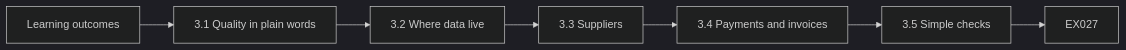
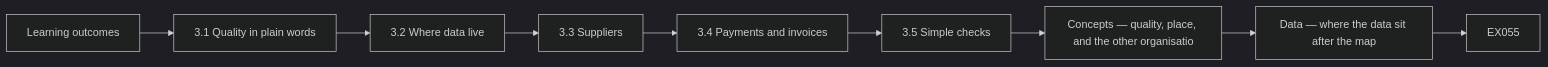
Before and after one commit to hiagokinlevi/CyKin: the eighth of 12 diagrams in levels/rapid-1-month/data-governance/en/book/MANUSCRIPT.md, drawn with Mermaid (dark theme). The commit also changed other lines of this file and 1 other file, not shown here.

First line of the commit message:
Deepen the rapid data-governance lessons in English and Portuguese.

````diff
--- a/levels/rapid-1-month/data-governance/en/book/MANUSCRIPT.md
+++ b/levels/rapid-1-month/data-governance/en/book/MANUSCRIPT.md
@@ -294,10 +418,12 @@
 ```mermaid
 flowchart LR
   N0["Learning outcomes"]
   N1["3.1 Quality in plain words"]
   N2["3.2 Where data live"]
   N3["3.3 Suppliers"]
   N4["3.4 Payments and invoices"]
   N5["3.5 Simple checks"]
-  N0 --> N1 --> N2 --> N3 --> N4 --> N5 --> Q["EX027"]
+  N6["Concepts — quality, place, and the other organisatio"]
+  N7["Data — where the data sit after the map"]
+  N0 --> N1 --> N2 --> N3 --> N4 --> N5 --> N6 --> N7 --> Q["EX055"]
 ```
````
